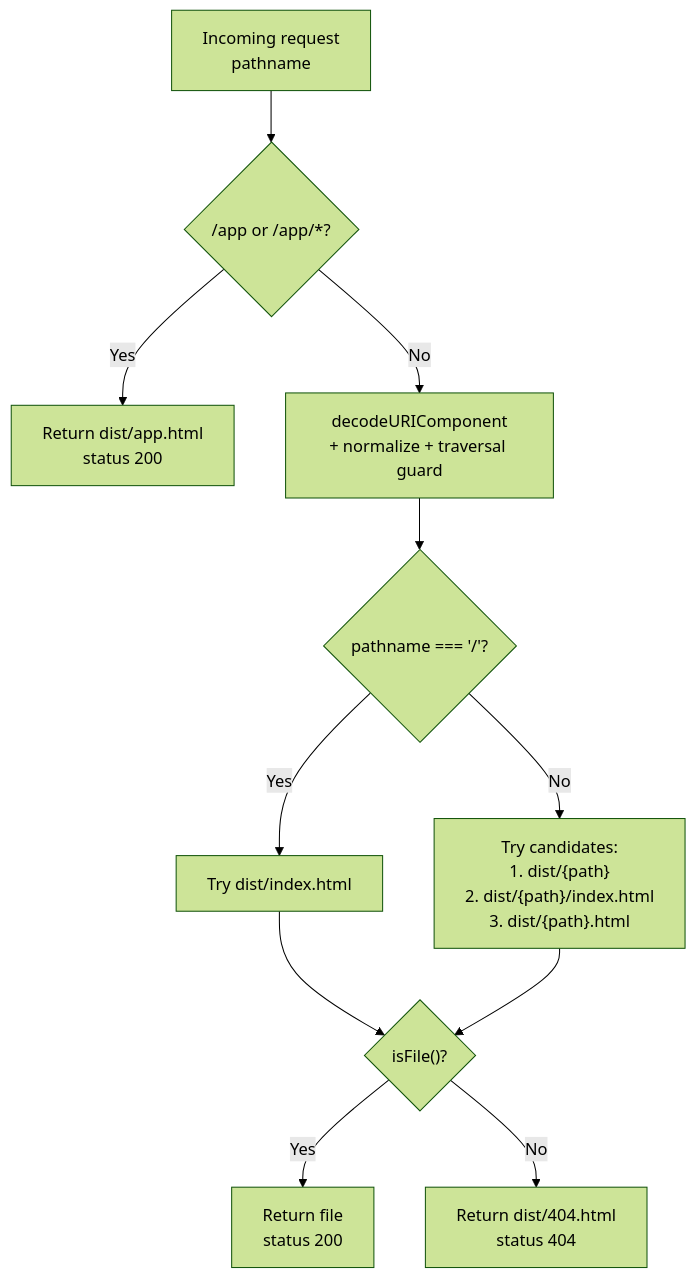
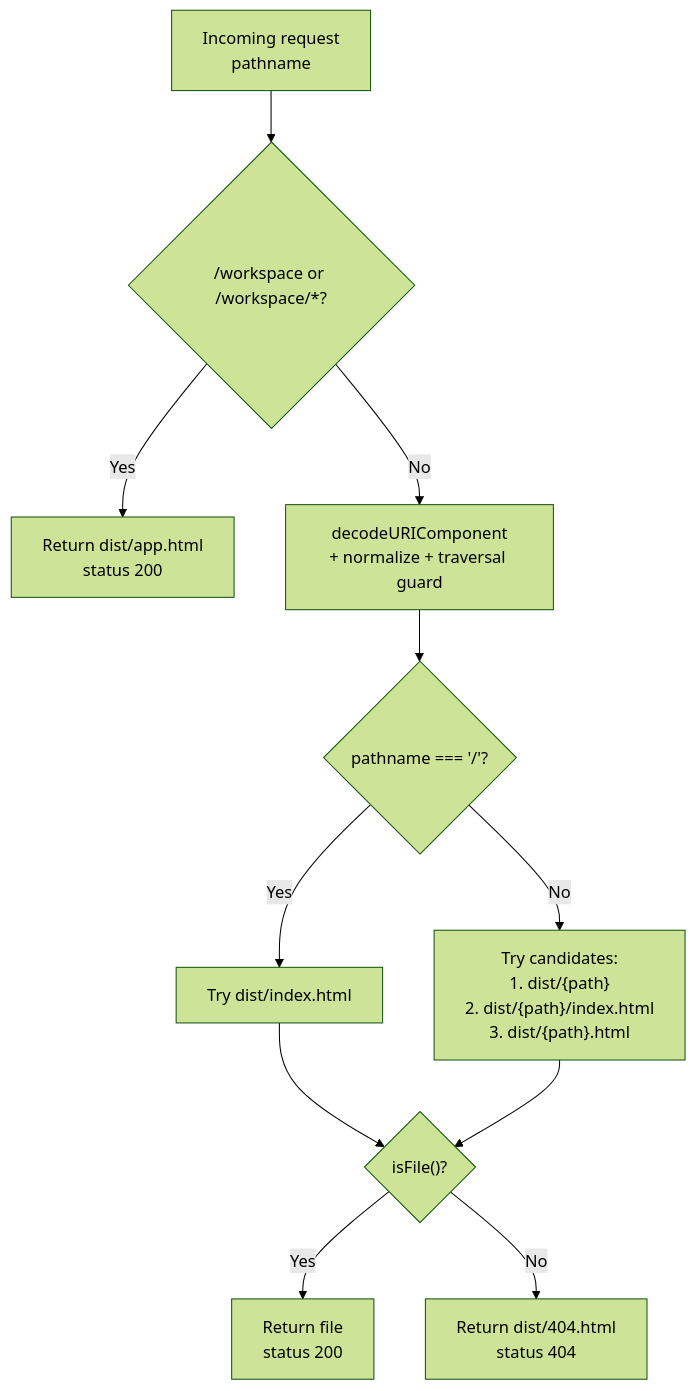
One commit to Dutiva-Canada/Dutiva_Web changed the sixth of 6 diagrams in docs/wiki/CI-Pipeline-Testing.md. Above: the diagram before and after it, drawn with Mermaid (forest theme). The commit also changed other lines of this file and 107 other files, not shown here.

````diff
--- a/docs/wiki/CI-Pipeline-Testing.md
+++ b/docs/wiki/CI-Pipeline-Testing.md
@@ -390,13 +390,13 @@
 ```mermaid
 flowchart TD
-    REQ["Incoming request\npathname"] --> APP{"/app or /app/*?"}
+    REQ["Incoming request\npathname"] --> APP{"/workspace or /workspace/*?"}
     APP -->|Yes| APPHTML["Return dist/app.html\nstatus 200"]
     APP -->|No| DECODE["decodeURIComponent\n+ normalize + traversal guard"]
     DECODE --> ROOT{"pathname === '/'?"}
     ROOT -->|Yes| IDX["Try dist/index.html"]
     ROOT -->|No| CAND["Try candidates:\n1. dist/{path}\n2. dist/{path}/index.html\n3. dist/{path}.html"]
     IDX --> FOUND{"isFile()?"}
     CAND --> FOUND
     FOUND -->|Yes| SERVE["Return file\nstatus 200"]
     FOUND -->|No| NOTFOUND["Return dist/404.html\nstatus 404"]
 ```
````
